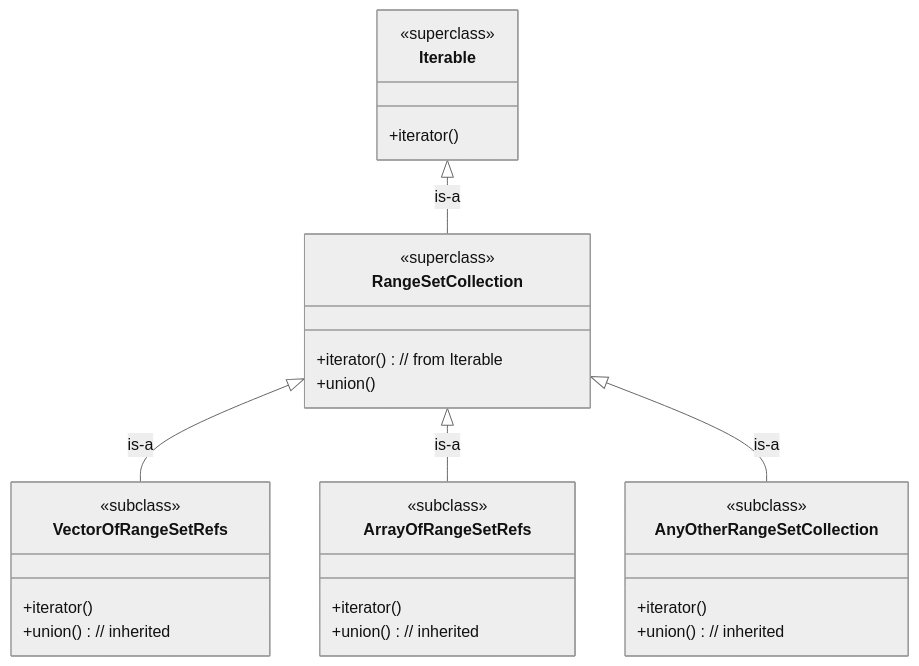
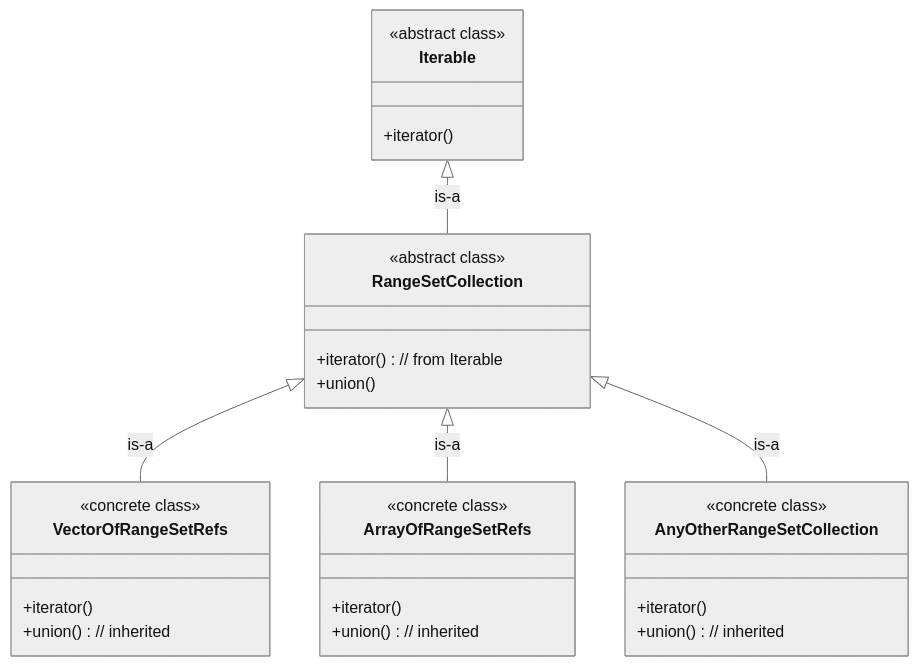
One commit to CarlKCarlK/inherit changed the diagram in examples/6_puzzle.md. Above: the diagram before and after it, drawn with Mermaid (neutral theme). The commit also changed 8 other files, not shown here.

````diff
--- a/examples/6_puzzle.md
+++ b/examples/6_puzzle.md
@@ -5,38 +5,38 @@
 ```mermaid
 classDiagram
     direction TB
 
     class Iterable {
-        <<superclass>>
+        <<abstract class>>
         +iterator()
     }
 
     class RangeSetCollection {
-        <<superclass>>
+        <<abstract class>>
         +iterator() // from Iterable
         +union()
     }
 
     class VectorOfRangeSetRefs {
-        <<subclass>>
+        <<concrete class>>
         +iterator()
         +union() // inherited
     }
 
     class ArrayOfRangeSetRefs {
-        <<subclass>>
+        <<concrete class>>
         +iterator()
         +union() // inherited
     }
 
     class AnyOtherRangeSetCollection {
-        <<subclass>>
+        <<concrete class>>
         +iterator()
         +union() // inherited
     }
 
     Iterable <|-- RangeSetCollection : is-a
     RangeSetCollection <|-- VectorOfRangeSetRefs : is-a
     RangeSetCollection <|-- ArrayOfRangeSetRefs : is-a
     RangeSetCollection <|-- AnyOtherRangeSetCollection : is-a
 ```
````
